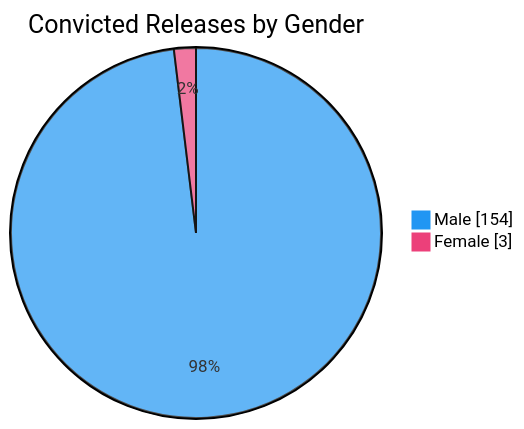
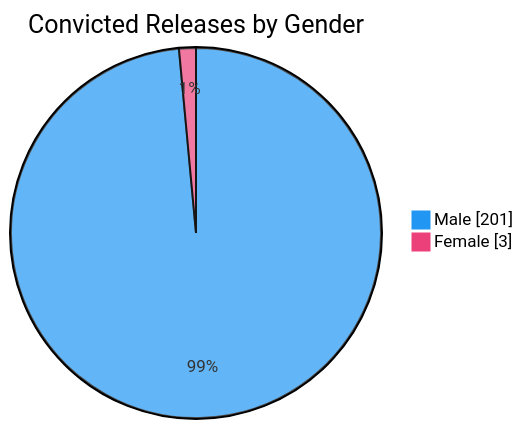
The sixth of 7 diagrams in README.md (nuuuwan/lk_prisons), drawn with Mermaid before and after one commit. The commit also changed other lines of this file and 1 other file, not shown here.

````diff
--- a/README.md
+++ b/README.md
@@ -98,6 +98,6 @@
 ```mermaid
 %%{init: {'themeVariables': {'pie1': '#2196F3', 'pie2': '#EC407A'}}}%%
 pie showData title Convicted Releases by Gender
-    "Male" : 154
+    "Male" : 201
     "Female" : 3
 ```
````
